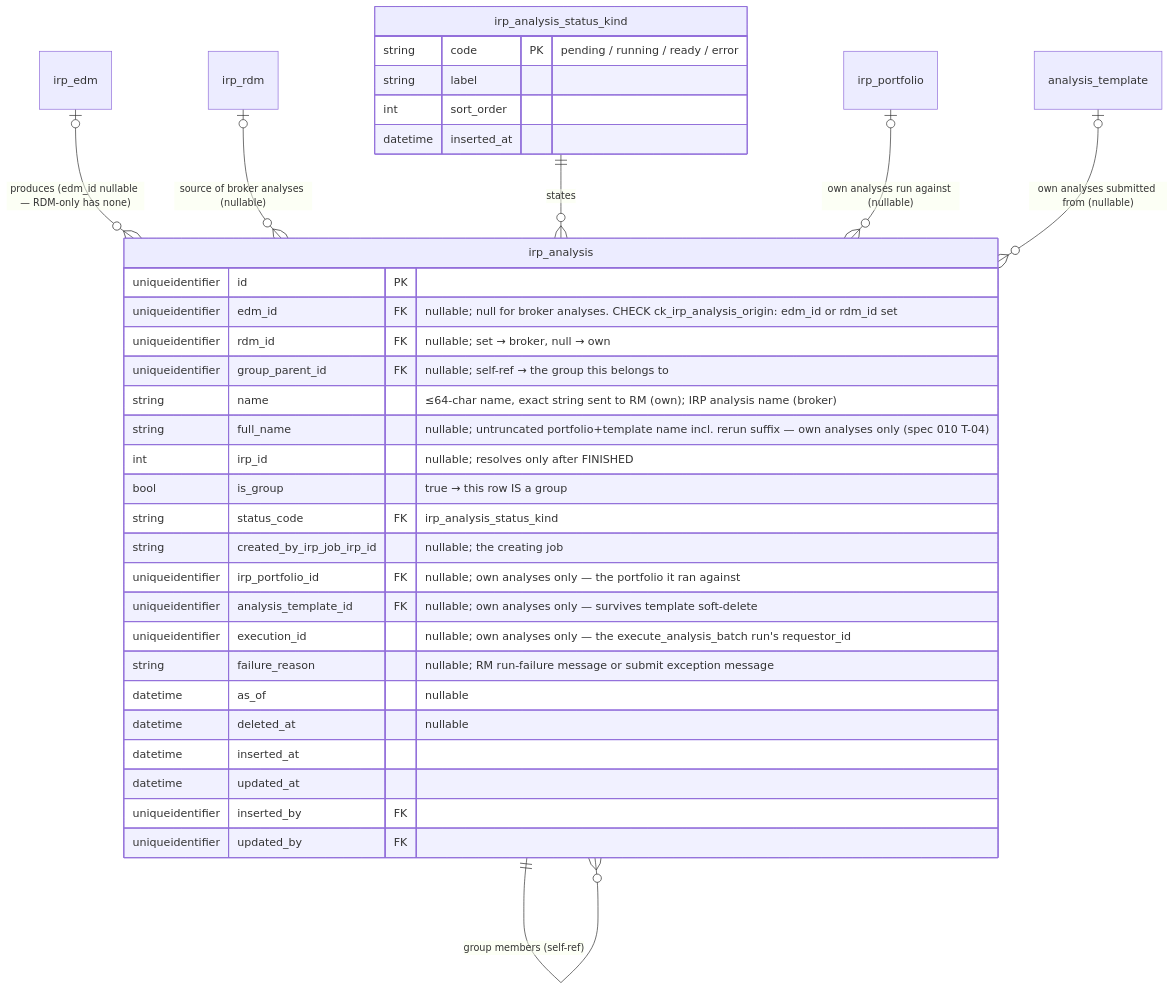
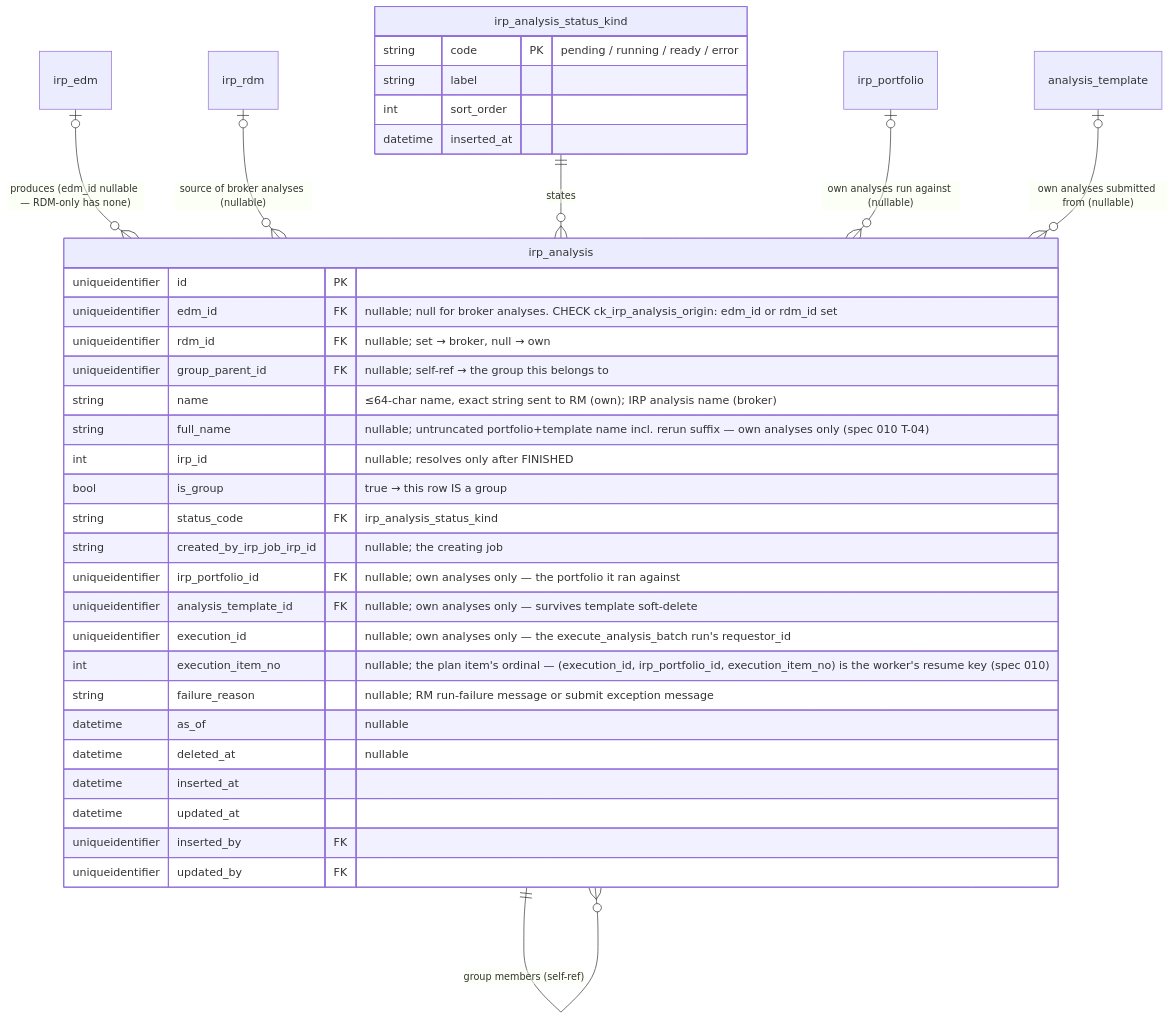
Before and after one commit to anilvenugopal/risk-workbench: the fourth of 9 diagrams in docs/DATA_MODEL.md, drawn with Mermaid. The commit also changed other lines of this file and 10 other files, not shown here.

````diff
--- a/docs/DATA_MODEL.md
+++ b/docs/DATA_MODEL.md
@@ -262,39 +262,40 @@
 ```mermaid
 erDiagram
   irp_edm |o--o{ irp_analysis : "produces (edm_id nullable — RDM-only has none)"
   irp_rdm |o--o{ irp_analysis : "source of broker analyses (nullable)"
   irp_analysis ||--o{ irp_analysis : "group members (self-ref)"
   irp_analysis_status_kind ||--o{ irp_analysis : states
 
   irp_portfolio |o--o{ irp_analysis : "own analyses run against (nullable)"
   analysis_template |o--o{ irp_analysis : "own analyses submitted from (nullable)"
 
   irp_analysis {
     uniqueidentifier id PK
     uniqueidentifier edm_id FK "nullable; null for broker analyses. CHECK ck_irp_analysis_origin: edm_id or rdm_id set"
     uniqueidentifier rdm_id FK "nullable; set → broker, null → own"
     uniqueidentifier group_parent_id FK "nullable; self-ref → the group this belongs to"
     string name "≤64-char name, exact string sent to RM (own); IRP analysis name (broker)"
     string full_name "nullable; untruncated portfolio+template name incl. rerun suffix — own analyses only (spec 010 T-04)"
     int irp_id "nullable; resolves only after FINISHED"
     bool is_group "true → this row IS a group"
     string status_code FK "irp_analysis_status_kind"
     string created_by_irp_job_irp_id "nullable; the creating job"
     uniqueidentifier irp_portfolio_id FK "nullable; own analyses only — the portfolio it ran against"
     uniqueidentifier analysis_template_id FK "nullable; own analyses only — survives template soft-delete"
     uniqueidentifier execution_id "nullable; own analyses only — the execute_analysis_batch run's requestor_id"
+    int execution_item_no "nullable; the plan item's ordinal — (execution_id, irp_portfolio_id, execution_item_no) is the worker's resume key (spec 010)"
     string failure_reason "nullable; RM run-failure message or submit exception message"
     datetime as_of "nullable"
     datetime deleted_at "nullable"
     datetime inserted_at
     datetime updated_at
     uniqueidentifier inserted_by FK
     uniqueidentifier updated_by FK
   }
   irp_analysis_status_kind {
     string code PK "pending / running / ready / error"
     string label
     int sort_order
     datetime inserted_at
   }
 ```
````
